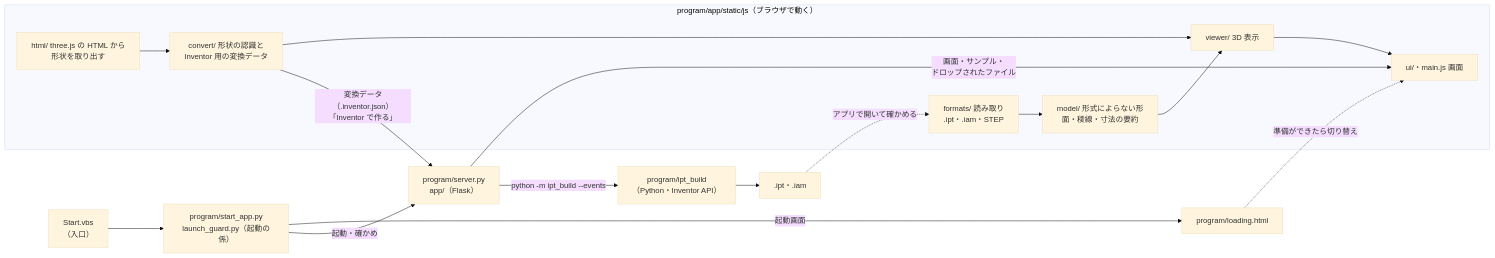
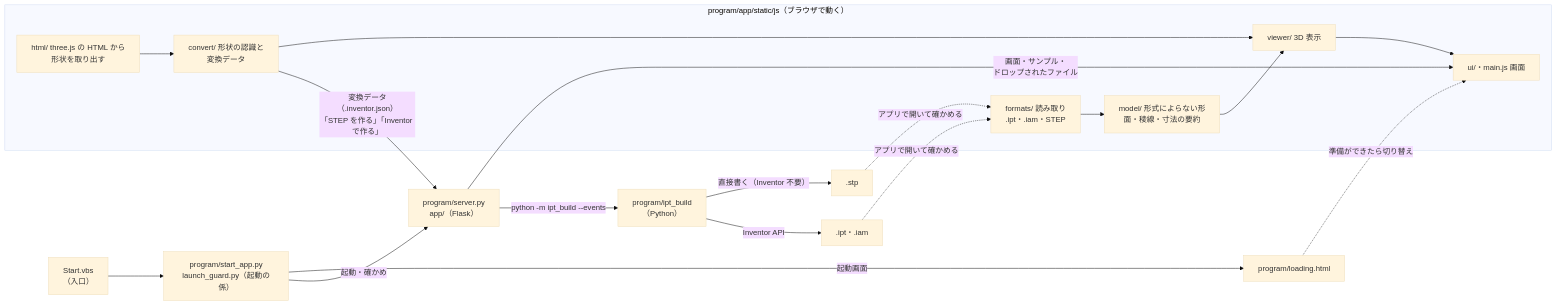
One commit to satoshi-hello-vlioilv/Inventor changed the diagram in README.md. Above: the diagram before and after it, drawn with Mermaid (base theme). The commit also changed other lines of this file and 44 other files, not shown here.

````diff
--- a/README.md
+++ b/README.md
@@ -73,18 +95,21 @@
 ```mermaid
 flowchart LR
   VBS["Start.vbs<br/>（入口）"] --> SA["program/start_app.py<br/>launch_guard.py（起動の係）"]
   SA -- "起動画面" --> LOAD["program/loading.html"]
   SA -- "起動・確かめ" --> SRV["program/server.py<br/>app/（Flask）"]
   LOAD -. "準備ができたら切り替え" .-> UI
   SRV -- "画面・サンプル・<br/>ドロップされたファイル" --> UI
   subgraph js["program/app/static/js（ブラウザで動く）"]
     F["formats/ 読み取り<br/>.ipt・.iam・STEP"] --> M["model/ 形式によらない形<br/>面・稜線・寸法の要約"]
-    H["html/ three.js の HTML から<br/>形状を取り出す"] --> C["convert/ 形状の認識と<br/>Inventor 用の変換データ"]
+    H["html/ three.js の HTML から<br/>形状を取り出す"] --> C["convert/ 形状の認識と<br/>変換データ"]
     M --> V["viewer/ 3D 表示"]
     C --> V
     V --> UI["ui/・main.js 画面"]
   end
-  C -- "変換データ（.inventor.json）<br/>「Inventor で作る」" --> SRV
-  SRV -- "python -m ipt_build --events" --> B["program/ipt_build<br/>（Python・Inventor API）"] --> OUT[".ipt・.iam"]
+  C -- "変換データ（.inventor.json）<br/>「STEP を作る」「Inventor で作る」" --> SRV
+  SRV -- "python -m ipt_build --events" --> B["program/ipt_build<br/>（Python）"]
+  B -- "直接書く（Inventor 不要）" --> STP[".stp"]
+  B -- "Inventor API" --> OUT[".ipt・.iam"]
+  STP -. "アプリで開いて確かめる" .-> F
   OUT -. "アプリで開いて確かめる" .-> F
 ```
````
